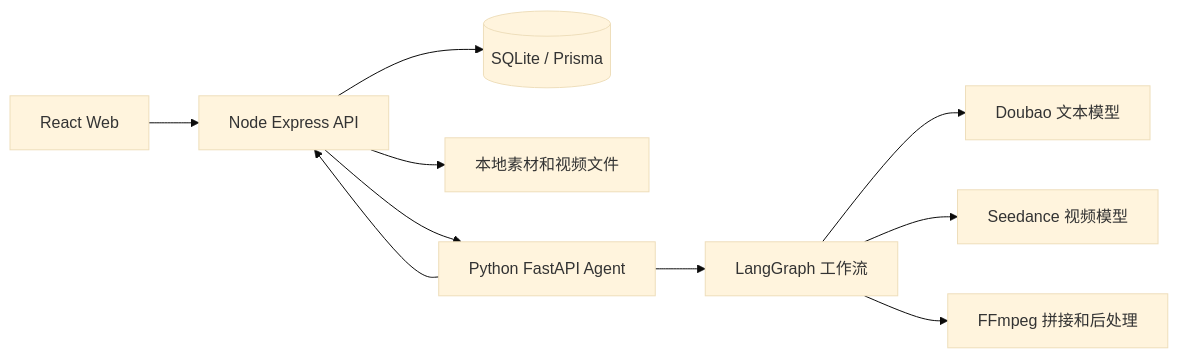
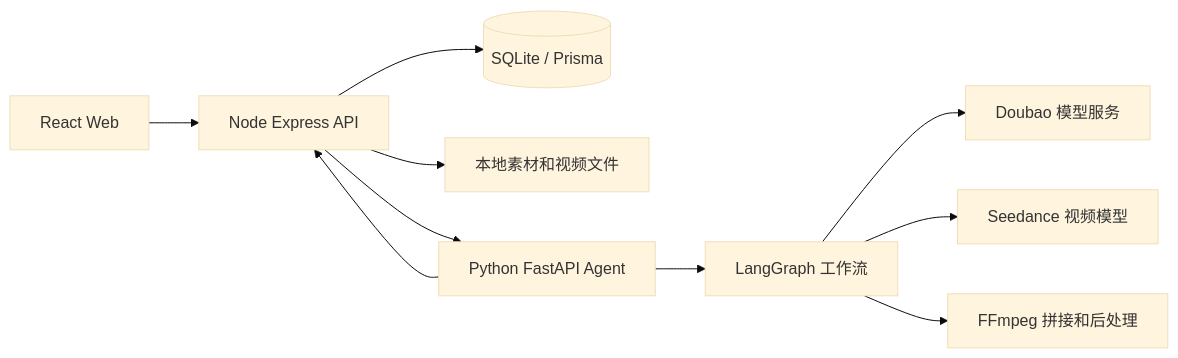
Before and after one commit to xiaoyugangg/tiktok_shop: the first of 2 diagrams in README.md, drawn with Mermaid (base theme). The commit also changed other lines of this file and 46 other files, not shown here.

````diff
--- a/README.md
+++ b/README.md
@@ -41,12 +44,12 @@
 ```mermaid
 flowchart LR
   Web[React Web] --> API[Node Express API]
   API --> DB[(SQLite / Prisma)]
   API --> Storage[本地素材和视频文件]
   API --> Agent[Python FastAPI Agent]
   Agent --> Graph[LangGraph 工作流]
-  Graph --> Text[Doubao 文本模型]
+  Graph --> Text[Doubao 模型服务]
   Graph --> Video[Seedance 视频模型]
   Graph --> FFmpeg[FFmpeg 拼接和后处理]
   Agent --> API
 ```
````
